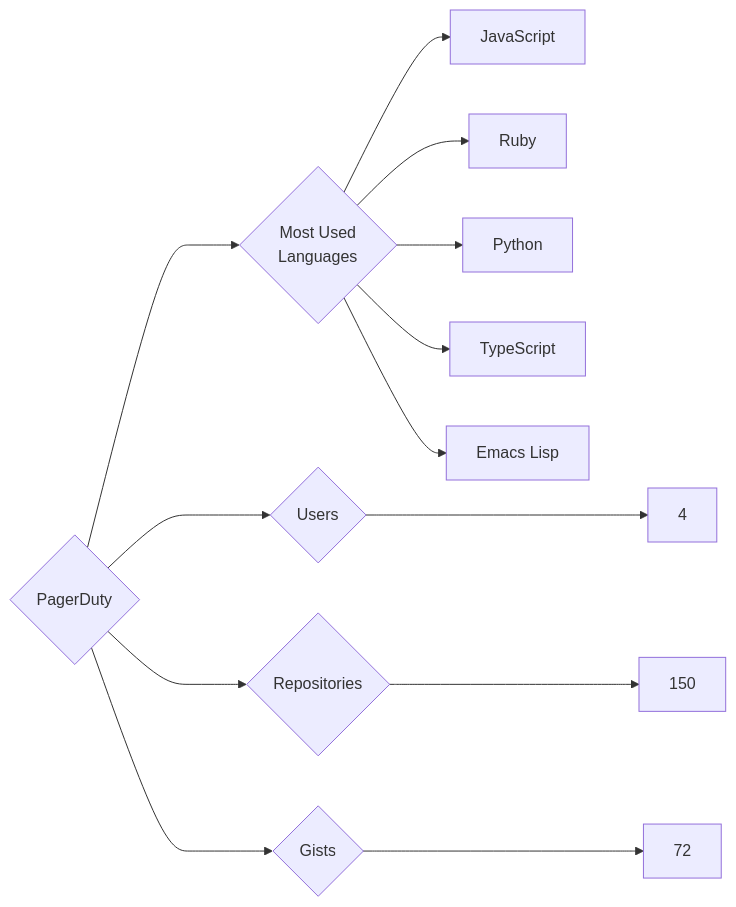
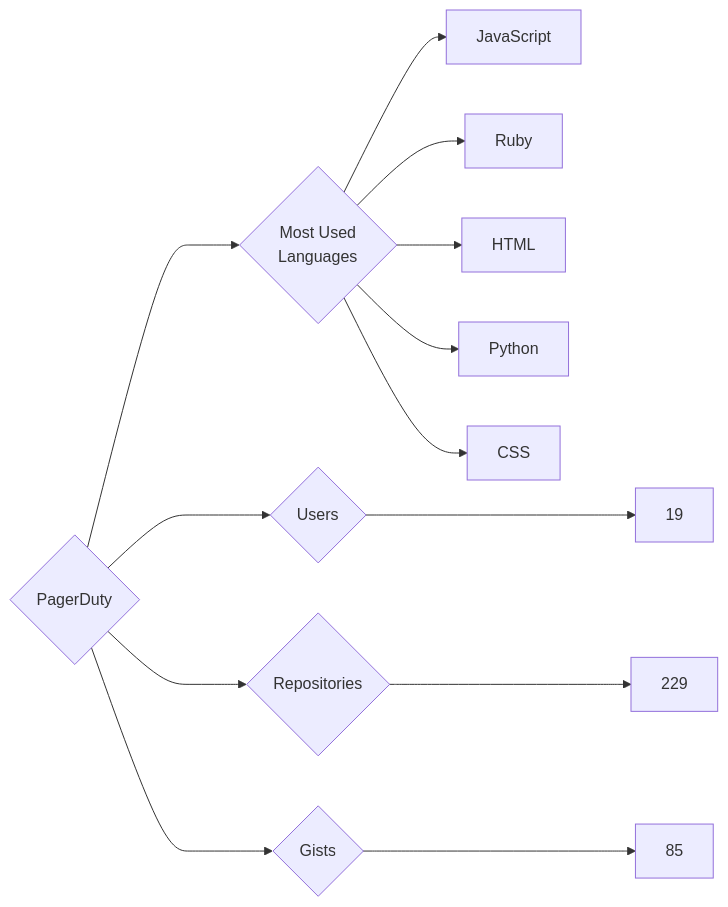
One commit to trickest/insiders changed the diagram in targets/PagerDuty/README.md. Above: the diagram before and after it, drawn with Mermaid. The commit also changed 728 other files, not shown here.

````diff
--- a/targets/PagerDuty/README.md
+++ b/targets/PagerDuty/README.md
@@ -3,13 +3,13 @@
 ```mermaid
 graph LR
 COMPANY_NAME{PagerDuty}
-COMPANY_NAME ---> U{Users} ---> UN[4]
-COMPANY_NAME ---> R{Repositories} ---> RN[150]
-COMPANY_NAME ---> G{Gists} ---> GN[72]
+COMPANY_NAME ---> U{Users} ---> UN[19]
+COMPANY_NAME ---> R{Repositories} ---> RN[229]
+COMPANY_NAME ---> G{Gists} ---> GN[85]
 COMPANY_NAME ---> ML{Most Used<br>Languages}
 ML --> JavaScript[JavaScript]
 ML --> Ruby[Ruby]
+ML --> HTML[HTML]
 ML --> Python[Python]
-ML --> TypeScript[TypeScript]
-ML --> Emacs_Lisp[Emacs Lisp]
+ML --> CSS[CSS]
 ```
````
